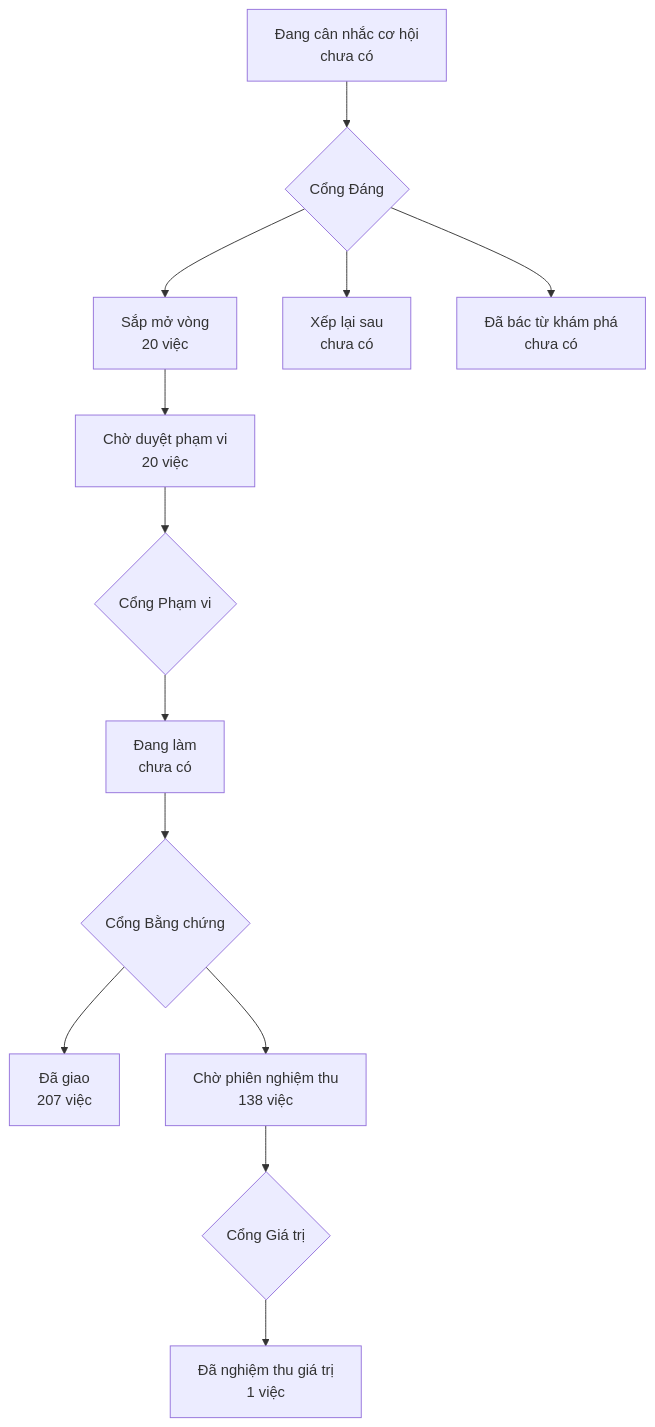
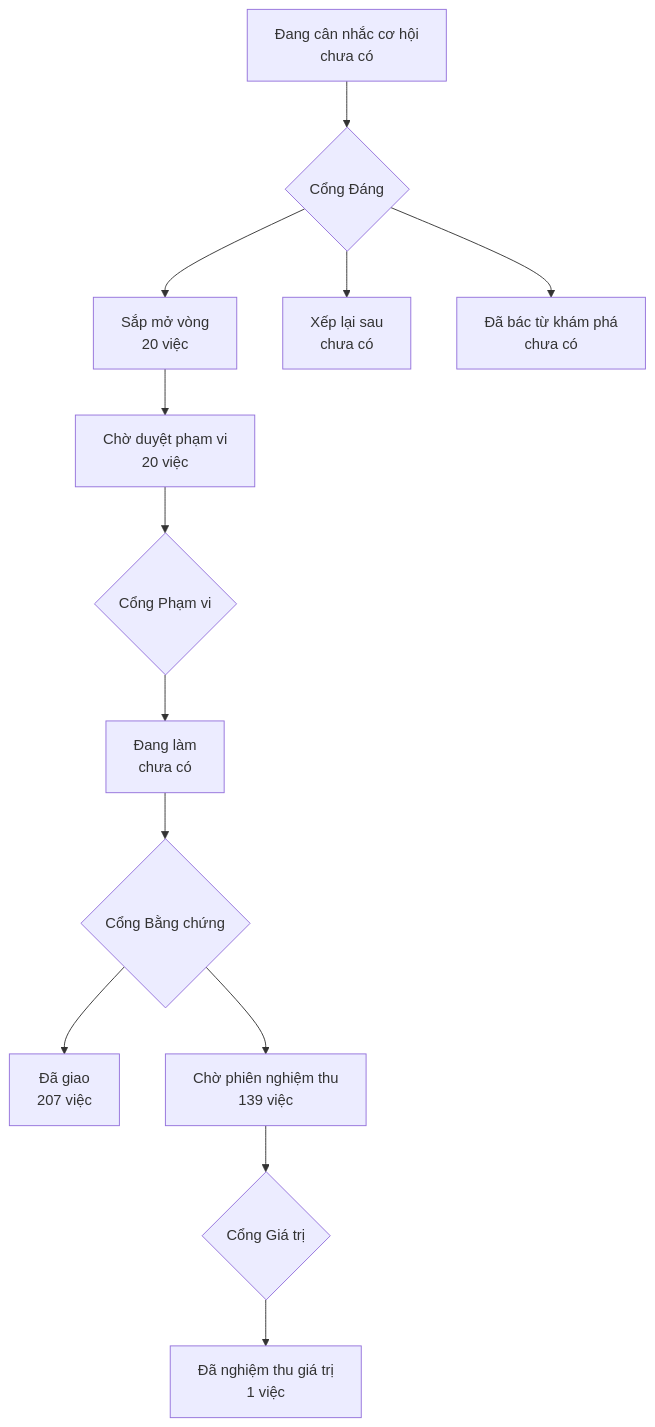
Before and after one commit to phanlemanh/onehub-invest: the diagram in PRODUCT-MAP.md, drawn with Mermaid. The commit also changed other lines of this file and 1 other file, not shown here.

Commit message:
chore: vẽ lại PRODUCT-MAP, LO-TRINH sau khi nhận main c62e47581

````diff
--- a/PRODUCT-MAP.md
+++ b/PRODUCT-MAP.md
@@ -7,12 +7,12 @@
 ```mermaid
 flowchart TD
   A["Đang cân nhắc cơ hội<br/>chưa có"] --> GD{"Cổng Đáng"}
   GD --> B["Sắp mở vòng<br/>20 việc"]
   GD --> XL["Xếp lại sau<br/>chưa có"]
   GD --> DB["Đã bác từ khám phá<br/>chưa có"]
   B --> CD["Chờ duyệt phạm vi<br/>20 việc"] --> GP{"Cổng Phạm vi"}
   GP --> DL["Đang làm<br/>chưa có"] --> GB{"Cổng Bằng chứng"}
   GB --> DG["Đã giao<br/>207 việc"]
-  GB --> CN["Chờ phiên nghiệm thu<br/>138 việc"] --> GG{"Cổng Giá trị"}
+  GB --> CN["Chờ phiên nghiệm thu<br/>139 việc"] --> GG{"Cổng Giá trị"}
   GG --> NT["Đã nghiệm thu giá trị<br/>1 việc"]
 ```
````
